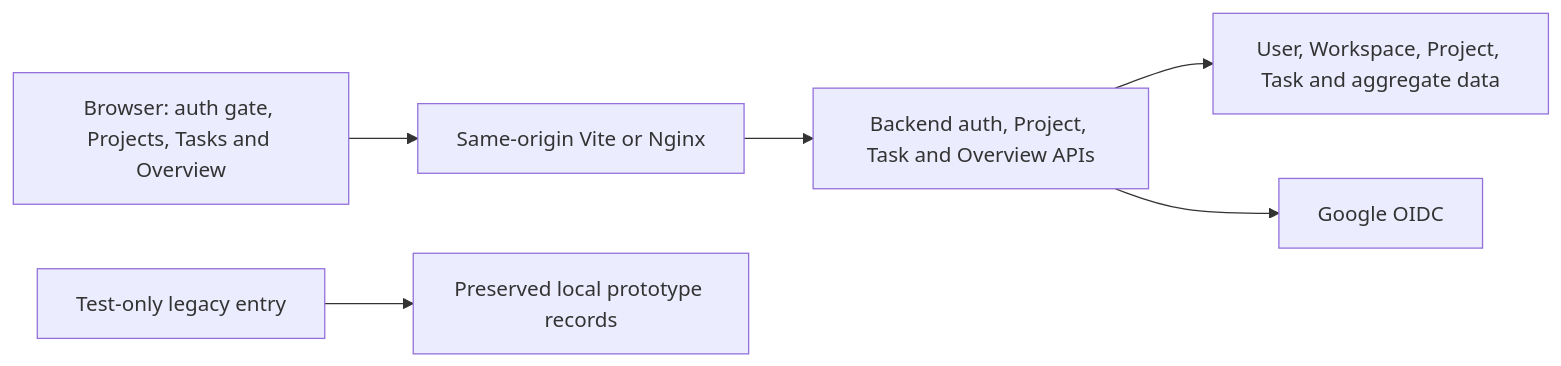
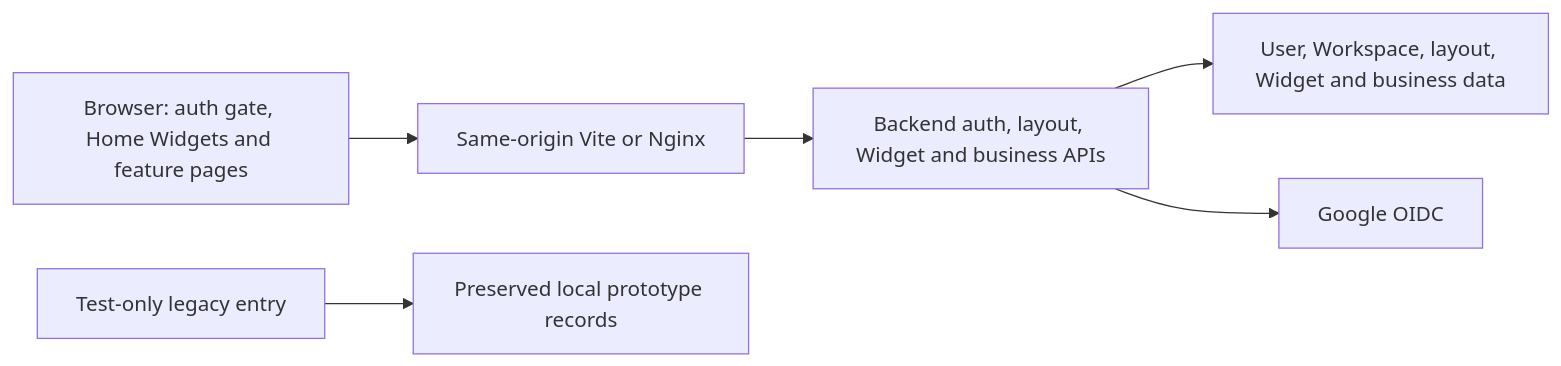
One commit to kopite97/development-env changed the diagram in docs/architecture/overview.md. Above: the diagram before and after it, drawn with Mermaid. The commit also changed other lines of this file and 81 other files, not shown here.

````diff
--- a/docs/architecture/overview.md
+++ b/docs/architecture/overview.md
@@ -5,8 +5,8 @@
 ```mermaid
 flowchart LR
-  Browser[Browser: auth gate, Projects, Tasks and Overview] --> Proxy[Same-origin Vite or Nginx]
-  Proxy --> Backend[Backend auth, Project, Task and Overview APIs]
-  Backend --> Database[User, Workspace, Project, Task and aggregate data]
+  Browser[Browser: auth gate, Home Widgets and feature pages] --> Proxy[Same-origin Vite or Nginx]
+  Proxy --> Backend[Backend auth, layout, Widget and business APIs]
+  Backend --> Database[User, Workspace, layout, Widget and business data]
   Backend --> OIDC[Google OIDC]
   Legacy[Test-only legacy entry] --> Storage[Preserved local prototype records]
 ```
````
